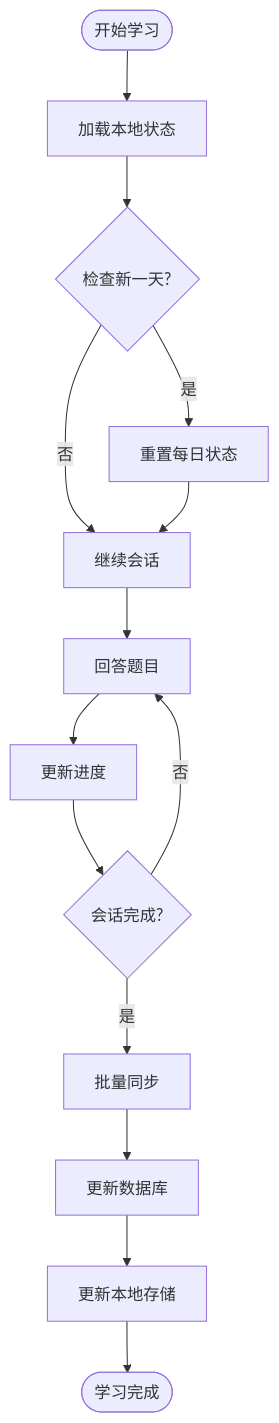
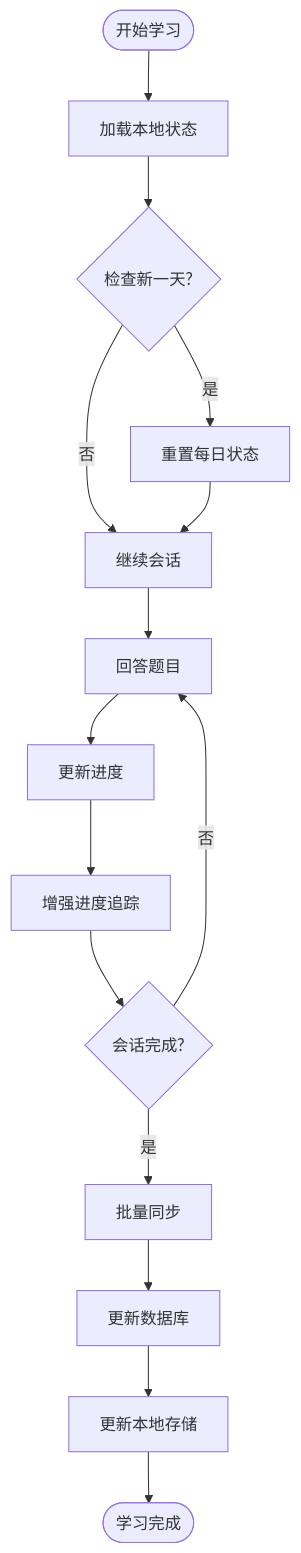
Before and after one commit to wudeng2005/rainbow-learning: the fifth of 8 diagrams in .qoder/repowiki/zh/content/核心架构/数据持久化层.md, drawn with Mermaid. The commit also changed other lines of this file and 157 other files, not shown here.

````diff
--- a/.qoder/repowiki/zh/content/核心架构/数据持久化层.md
+++ b/.qoder/repowiki/zh/content/核心架构/数据持久化层.md
@@ -245,16 +256,17 @@
 ```mermaid
 flowchart TD
 Start([开始学习]) --> LoadState["加载本地状态"]
 LoadState --> CheckDay{"检查新一天?"}
 CheckDay --> |是| ResetState["重置每日状态"]
 CheckDay --> |否| ContinueSession["继续会话"]
 ResetState --> ContinueSession
 ContinueSession --> AnswerQuestion["回答题目"]
 AnswerQuestion --> UpdateProgress["更新进度"]
-UpdateProgress --> CheckComplete{"会话完成?"}
+UpdateProgress --> EnhancedTracking["增强进度追踪"]
+EnhancedTracking --> CheckComplete{"会话完成?"}
 CheckComplete --> |否| AnswerQuestion
 CheckComplete --> |是| BatchSync["批量同步"]
 BatchSync --> UpdateDB["更新数据库"]
 UpdateDB --> UpdateLocal["更新本地存储"]
 UpdateLocal --> Complete([学习完成])
 ```
````
